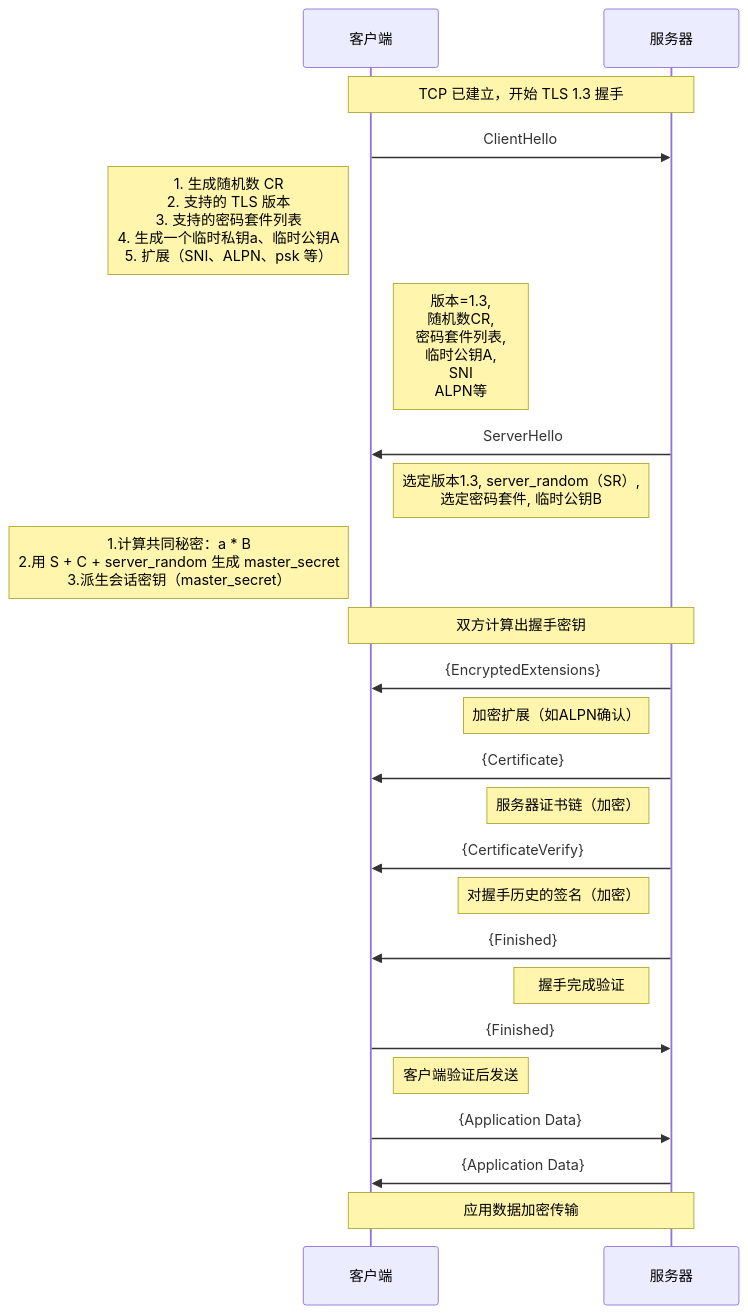
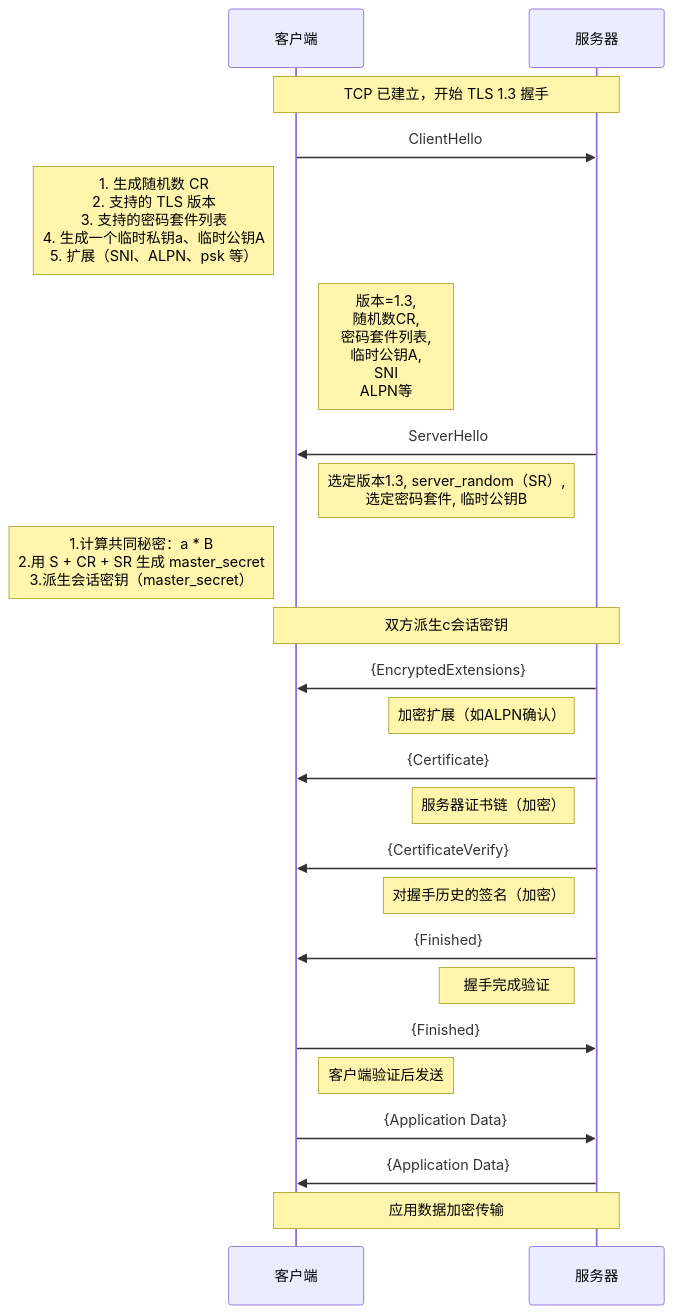
Before and after one commit to HY-10-8/iodraw-files: the diagram in all/TLS-1.3-通用.md, drawn with Mermaid.

Commit message:
2026-03-30 18:01:30 update

````diff
--- a/all/TLS-1.3-通用.md
+++ b/all/TLS-1.3-通用.md
@@ -1,36 +1,36 @@
 ```mermaid
 sequenceDiagram
     participant C as 客户端
     participant S as 服务器
 
     Note over C,S: TCP 已建立，开始 TLS 1.3 握手
 
     C->>S: ClientHello
     Note left of C: 1. 生成随机数 CR<br/> 2. 支持的 TLS 版本<br/> 3. 支持的密码套件列表<br/> 4. 生成一个临时私钥a、临时公钥A<br/> 5. 扩展（SNI、ALPN、psk 等）
     Note right of C: 版本=1.3,<br/> 随机数CR,<br/> 密码套件列表,<br/> 临时公钥A,<br/> SNI<br/> ALPN等
 
     S->>C: ServerHello
     Note left of S: 选定版本1.3, server_random（SR）,<br/> 选定密码套件, 临时公钥B
-    Note left of C: 1.计算共同秘密：a * B<br/> 2.用 S + C + server_random 生成 master_secret<br/> 3.派生会话密钥（master_secret）
+    Note left of C: 1.计算共同秘密：a * B<br/> 2.用 S + CR + SR 生成 master_secret<br/> 3.派生会话密钥（master_secret）
 
-    Note over C,S: 双方计算出握手密钥
+    Note over C,S: 双方派生c会话密钥
 
     S->>C: {EncryptedExtensions}
     Note left of S: 加密扩展（如ALPN确认）
 
     S->>C: {Certificate}
     Note left of S: 服务器证书链（加密）
 
     S->>C: {CertificateVerify}
     Note left of S: 对握手历史的签名（加密）
 
     S->>C: {Finished}
     Note left of S: 握手完成验证
 
     C->>S: {Finished}
     Note right of C: 客户端验证后发送
 
     C->>S: {Application Data}
     S->>C: {Application Data}
     Note over C,S: 应用数据加密传输
 ```
````
